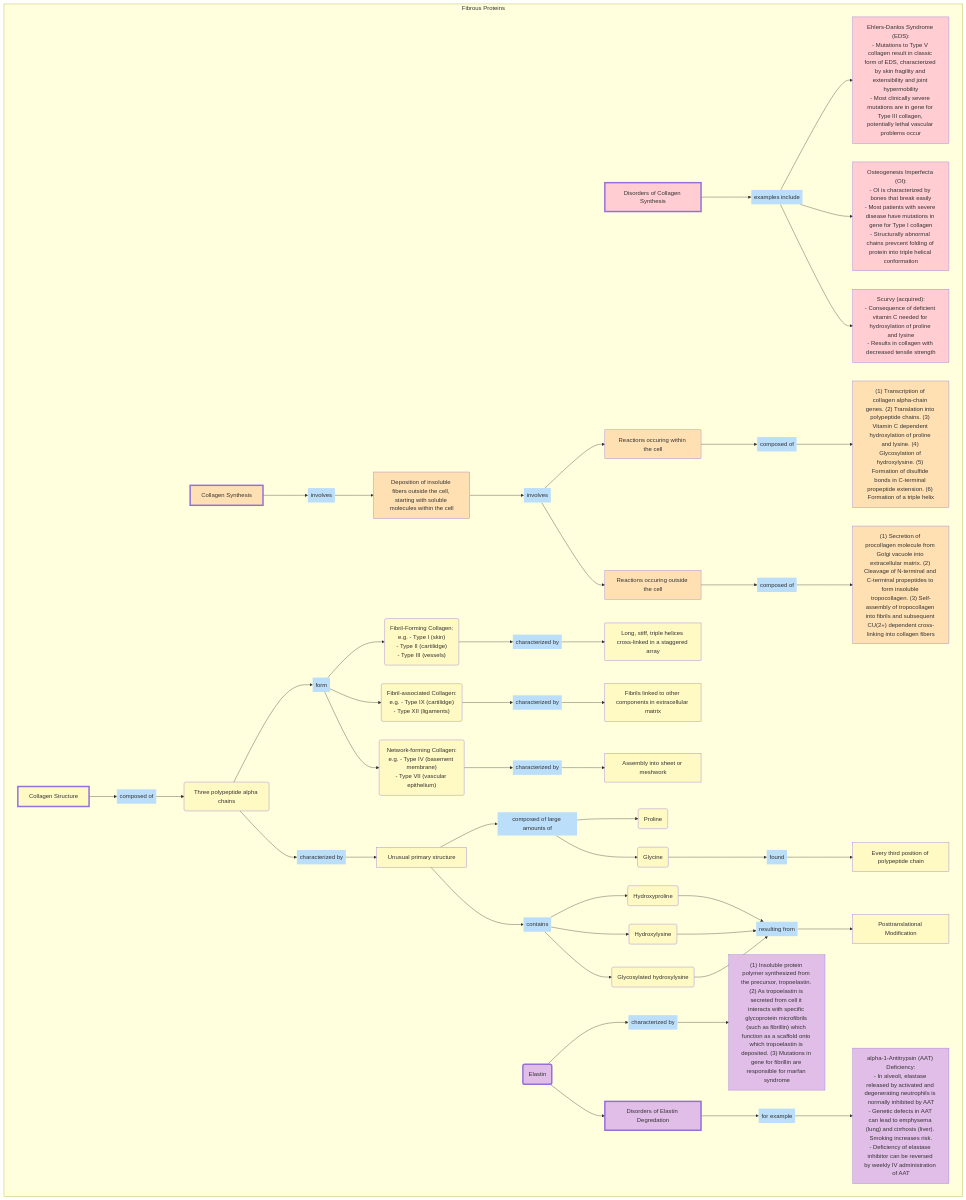
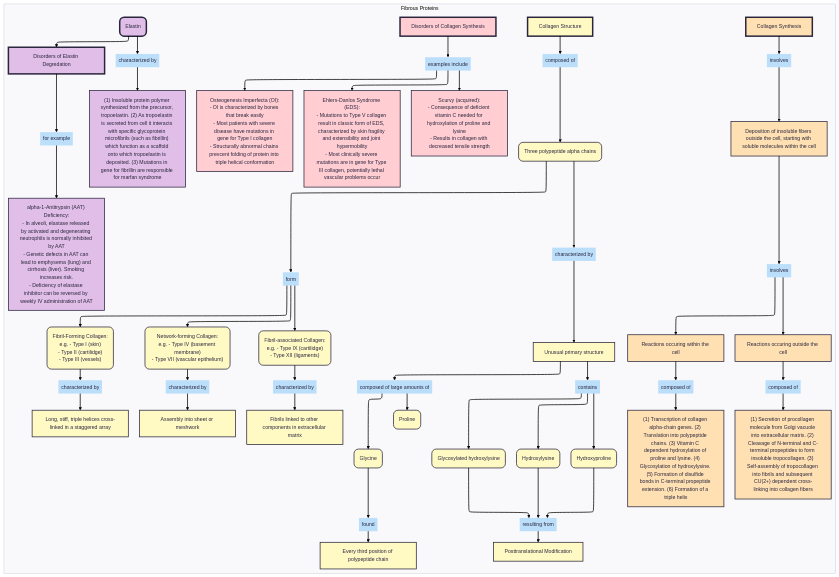
The diagram in fibrous proteins.md (dgpebly/biochem-ferrier), drawn with Mermaid before and after one commit.

Commit message:
Update fibrous proteins.md

````diff
--- a/fibrous proteins.md
+++ b/fibrous proteins.md
@@ -1,7 +1,8 @@
 ```mermaid
 ---
 config:
-  theme: default
+  theme: redux
+  layout: elk
 ---
 flowchart TD
  subgraph s1["Fibrous Proteins"]
````
